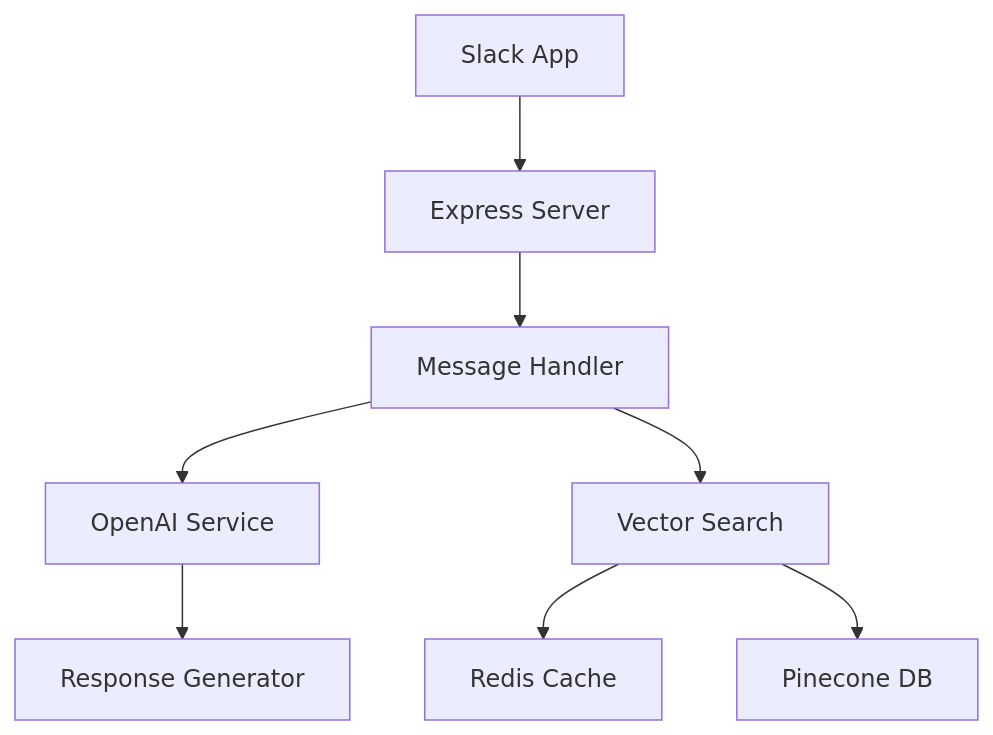
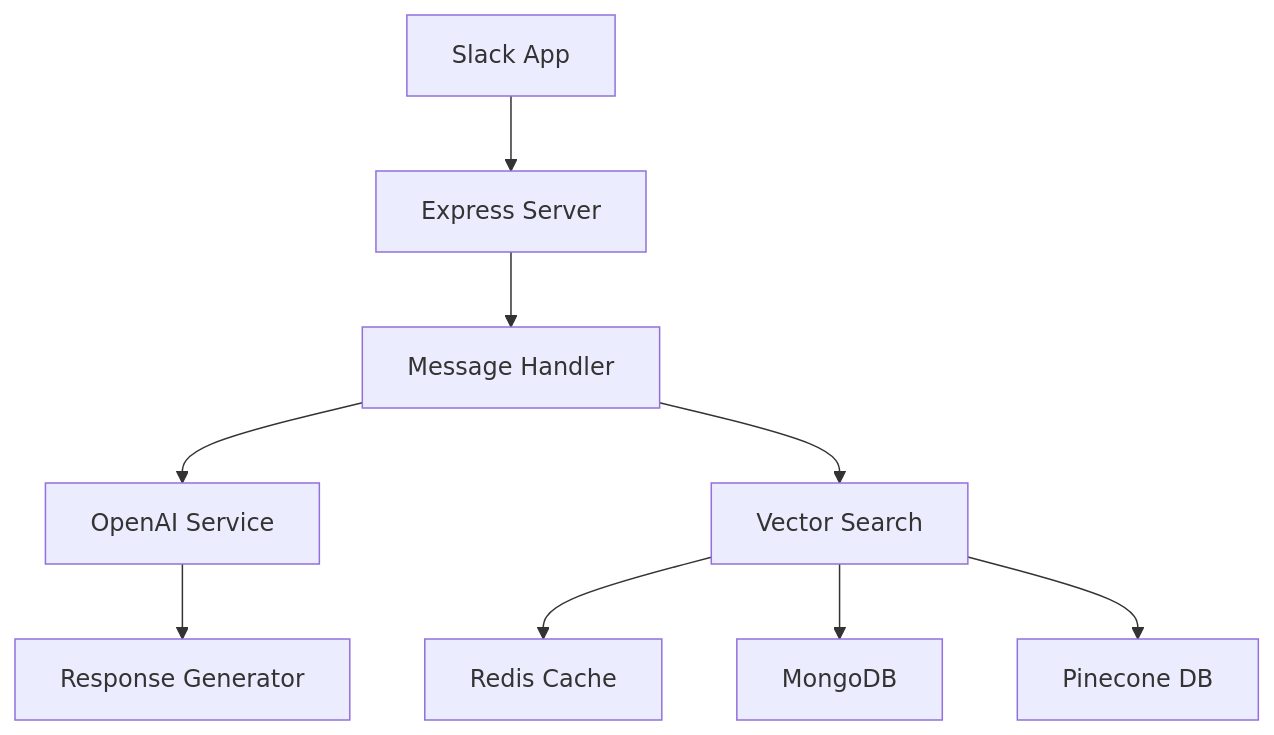
Before and after one commit to wgod58/slack-bot-ai: the first of 3 diagrams in README.md, drawn with Mermaid. The commit also changed other lines of this file, not shown here.

````diff
--- a/README.md
+++ b/README.md
@@ -77,10 +64,11 @@
 ```mermaid
 graph TD
     A[Slack App] --> B[Express Server]
     B --> C[Message Handler]
     C --> D[OpenAI Service]
     C --> E[Vector Search]
     E --> F[Redis Cache]
-    E --> G[Pinecone DB]
-    D --> H[Response Generator]
+    E --> G[MongoDB]
+    E --> H[Pinecone DB]
+    D --> I[Response Generator]
 ```
````
